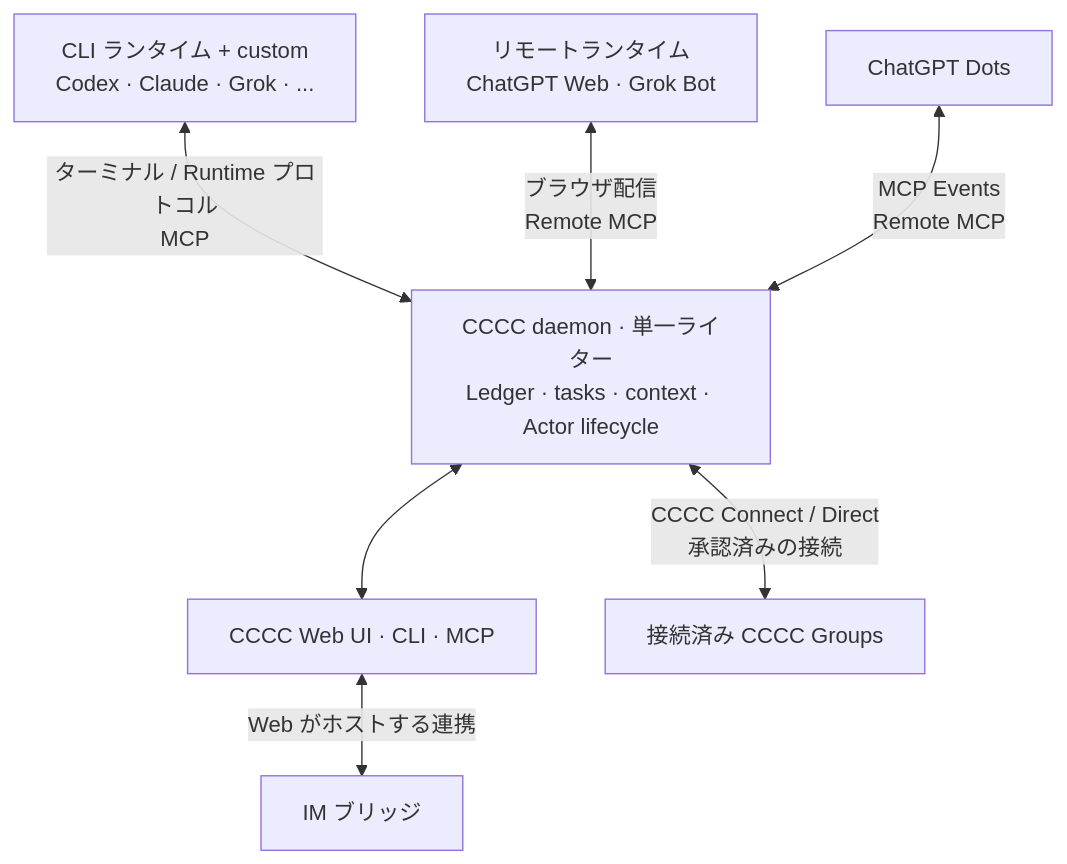
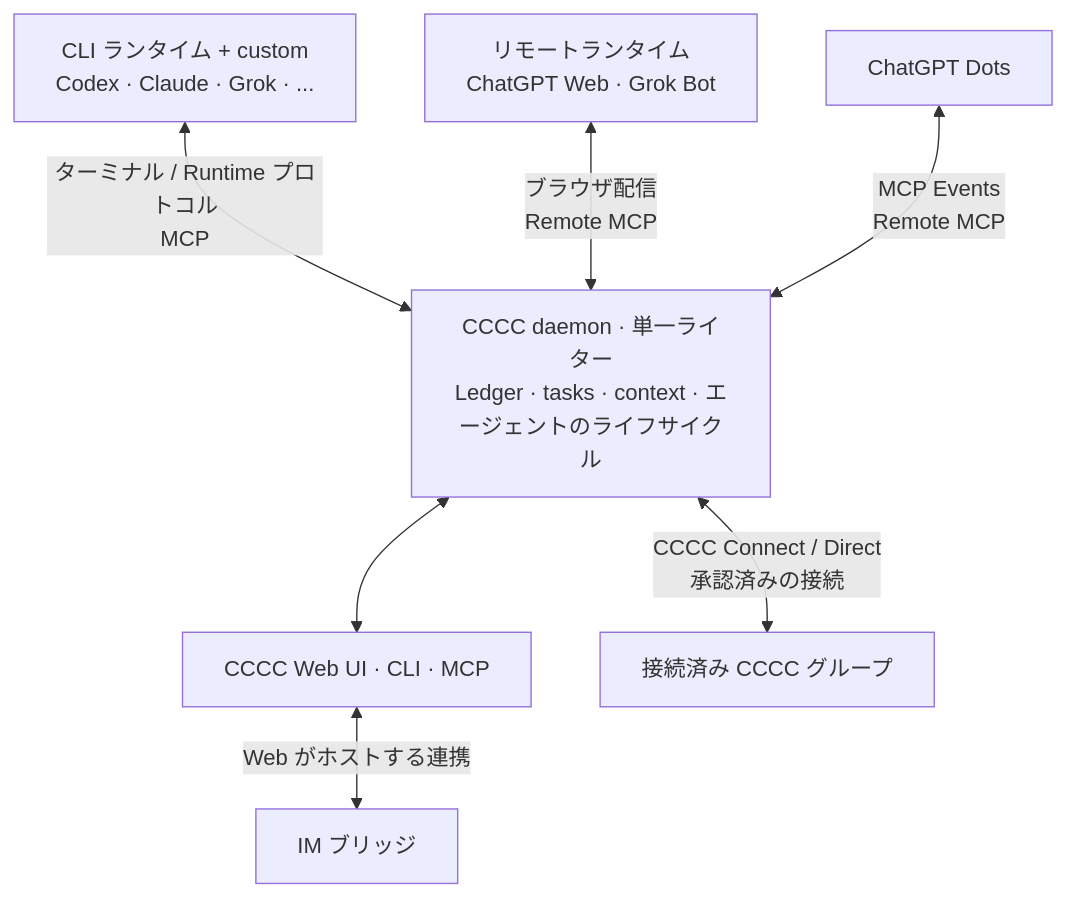
One commit to ChesterRa/cccc changed the diagram in README.ja.md. Above: the diagram before and after it, drawn with Mermaid. The commit also changed other lines of this file and 121 other files, not shown here.

````diff
--- a/README.ja.md
+++ b/README.ja.md
@@ -190,17 +192,17 @@
 ```mermaid
 graph TB
     A1["CLI ランタイム + custom<br/>Codex · Claude · Grok · ..."]
     A3["リモートランタイム<br/>ChatGPT Web · Grok Bot"]
     A6["ChatGPT Dots"]
-    Daemon["CCCC daemon · 単一ライター<br/>Ledger · tasks · context · Actor lifecycle"]
+    Daemon["CCCC daemon · 単一ライター<br/>Ledger · tasks · context · エージェントのライフサイクル"]
     Ports["CCCC Web UI · CLI · MCP"]
     IM["IM ブリッジ"]
-    Remote["接続済み CCCC Groups"]
+    Remote["接続済み CCCC グループ"]
 
     A1 <-->|ターミナル / Runtime プロトコル<br/>MCP| Daemon
     A3 <-->|ブラウザ配信<br/>Remote MCP| Daemon
     A6 <-->|MCP Events<br/>Remote MCP| Daemon
     Daemon <--> Ports
     Ports <-->|Web がホストする連携| IM
     Daemon <-->|CCCC Connect / Direct<br/>承認済みの接続| Remote
 ```
````
